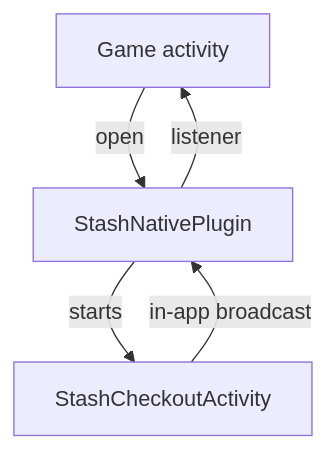
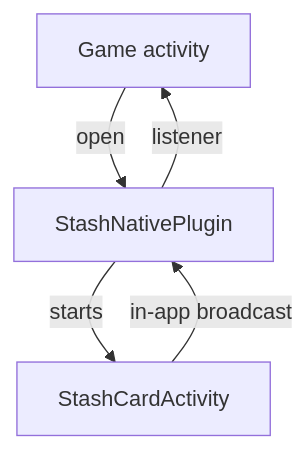
Before and after one commit to stashgg/stash-native: the diagram in docs/architecture/android.md, drawn with Mermaid. The commit also changed other lines of this file and 110 other files, not shown here.

````diff
--- a/docs/architecture/android.md
+++ b/docs/architecture/android.md
@@ -14,7 +14,7 @@
 ```mermaid
 flowchart TB
     Game[Game activity] -->|open| Plugin[StashNativePlugin]
-    Plugin -->|starts| Activity[StashCheckoutActivity]
+    Plugin -->|starts| Activity[StashCardActivity]
     Activity -->|in-app broadcast| Plugin
     Plugin -->|listener| Game
 ```
````
